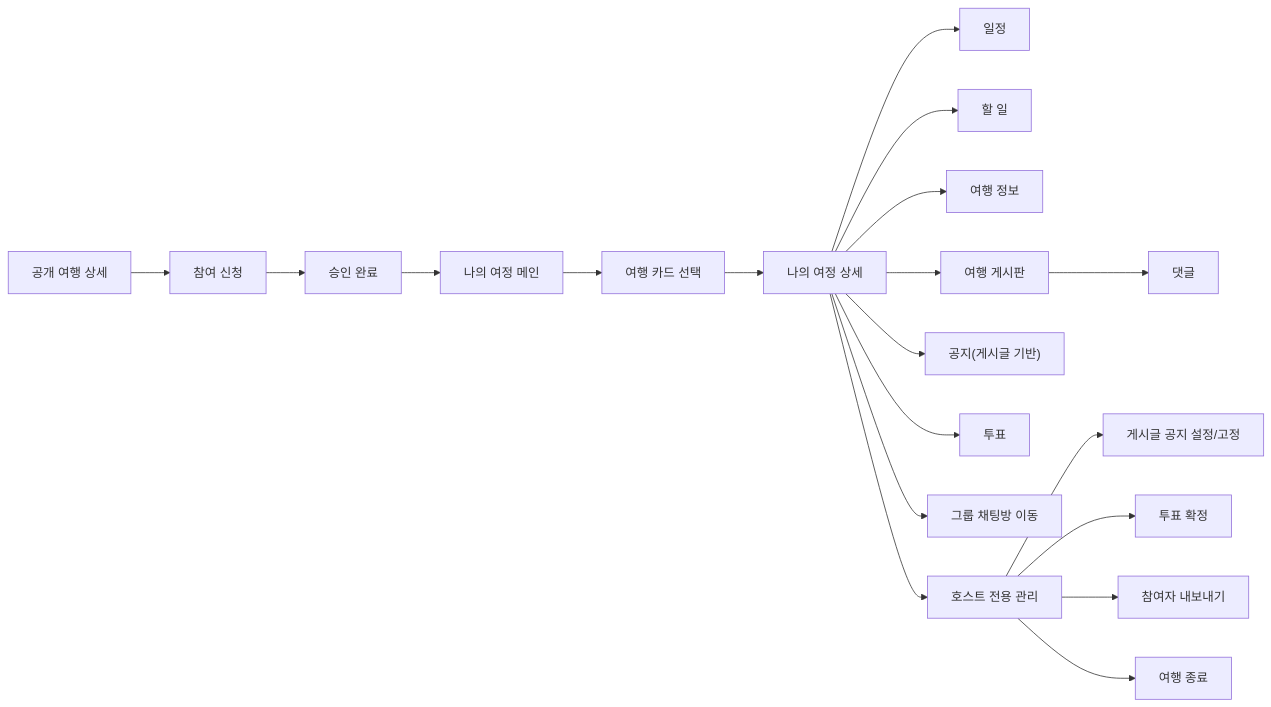
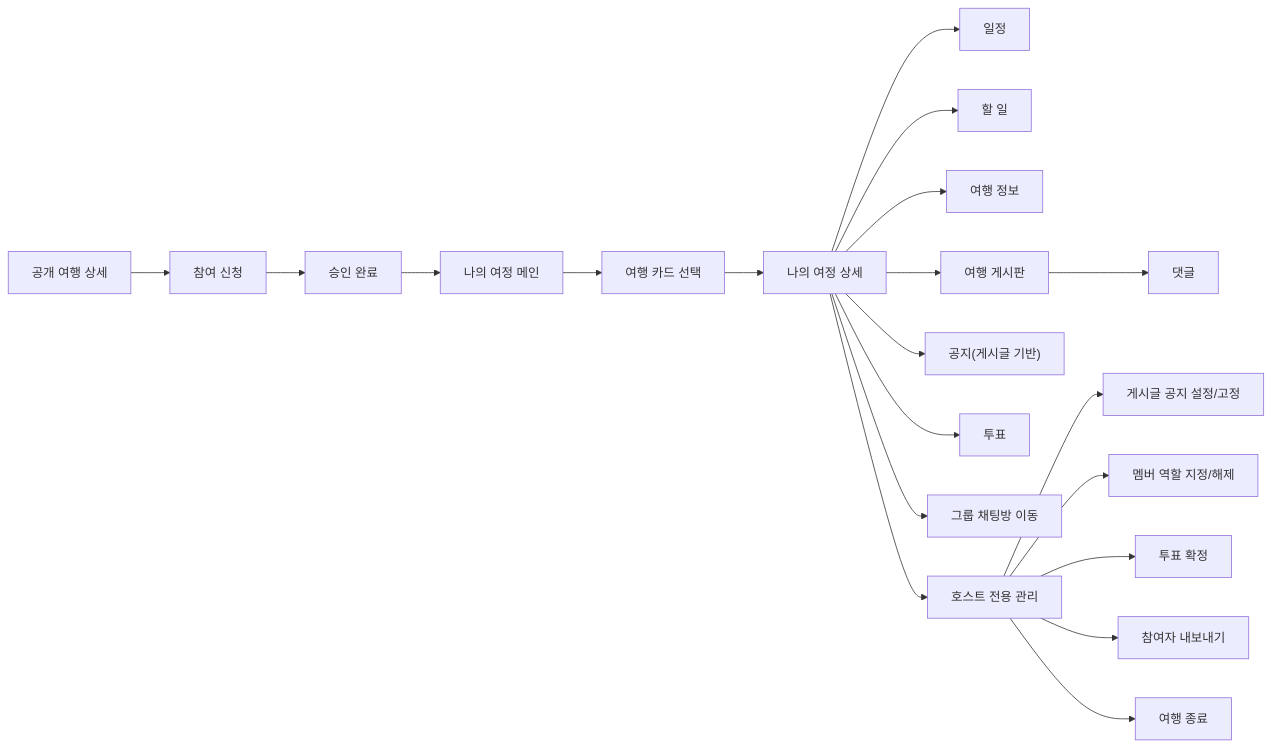
Before and after one commit to GIL-DONG-MU/ddu-ru-backend: the diagram in docs/001-design/flows/001-my-journey-product-flow.md, drawn with Mermaid. The commit also changed other lines of this file and 1 other file, not shown here.

````diff
--- a/docs/001-design/flows/001-my-journey-product-flow.md
+++ b/docs/001-design/flows/001-my-journey-product-flow.md
@@ -148,23 +148,24 @@
 ```mermaid
 flowchart LR
     A["공개 여행 상세"] --> B["참여 신청"]
     B --> C["승인 완료"]
     C --> D["나의 여정 메인"]
     D --> E["여행 카드 선택"]
     E --> F["나의 여정 상세"]
 
     F --> G["일정"]
     F --> H["할 일"]
     F --> I["여행 정보"]
     F --> J["여행 게시판"]
     J --> J2["댓글"]
     F --> K["공지(게시글 기반)"]
     F --> L["투표"]
     F --> M["그룹 채팅방 이동"]
 
     F --> N["호스트 전용 관리"]
     N --> N1["게시글 공지 설정/고정"]
-    N --> N2["투표 확정"]
-    N --> N3["참여자 내보내기"]
-    N --> N4["여행 종료"]
+    N --> N2["멤버 역할 지정/해제"]
+    N --> N3["투표 확정"]
+    N --> N4["참여자 내보내기"]
+    N --> N5["여행 종료"]
 ```
````
